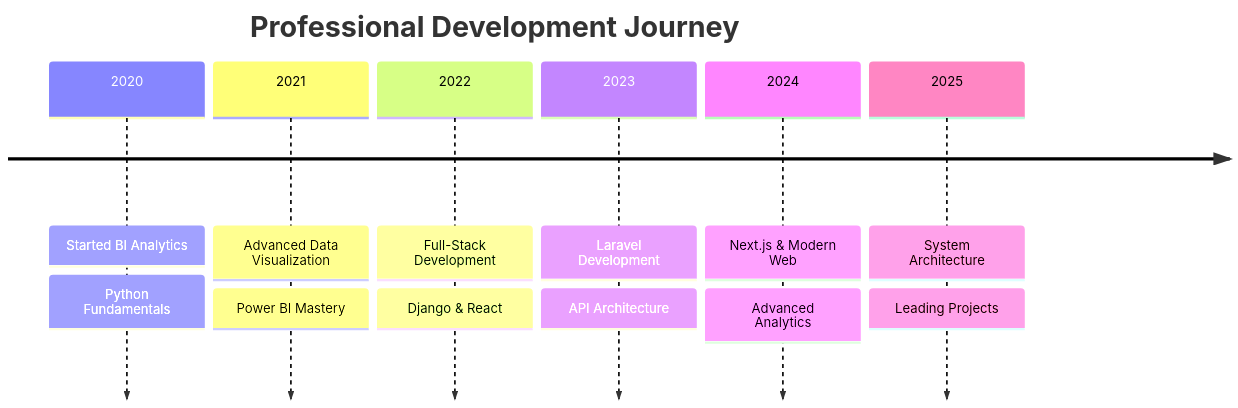
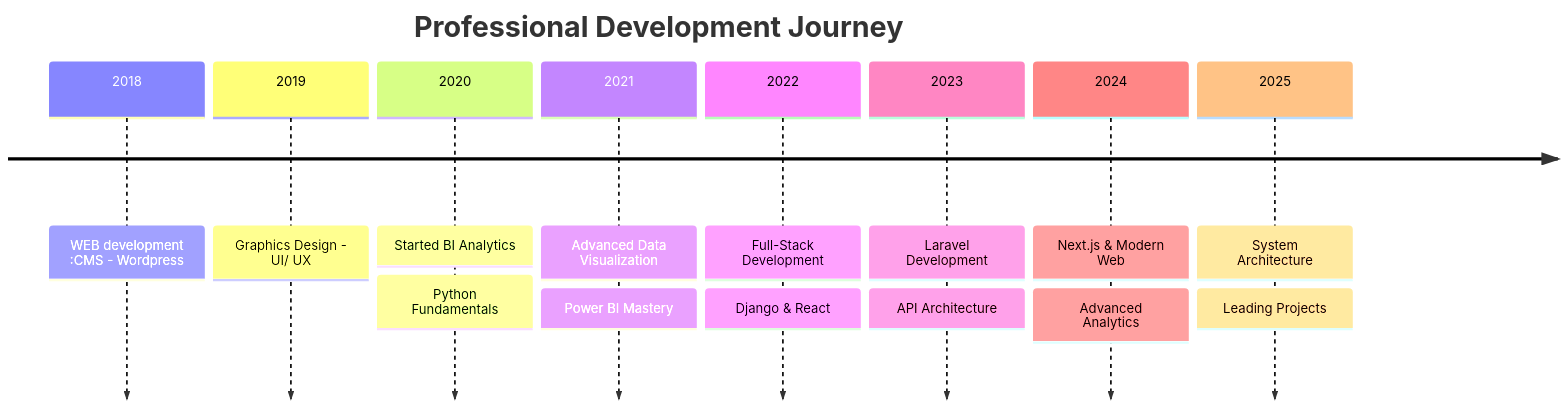
Before and after one commit to stevescilar/stevescilar: the second of 2 diagrams in README.md, drawn with Mermaid. The commit also changed other lines of this file, not shown here.

````diff
--- a/README.md
+++ b/README.md
@@ -226,10 +226,12 @@
 ```mermaid
 timeline
     title Professional Development Journey
+    2018 : WEB development :CMS -  Wordpress
+    2019 : Graphics Design -  UI/ UX
     2020 : Started BI Analytics : Python Fundamentals
     2021 : Advanced Data Visualization : Power BI Mastery
     2022 : Full-Stack Development : Django & React
     2023 : Laravel Development : API Architecture
     2024 : Next.js & Modern Web : Advanced Analytics
     2025 : System Architecture : Leading Projects
 ```
````
